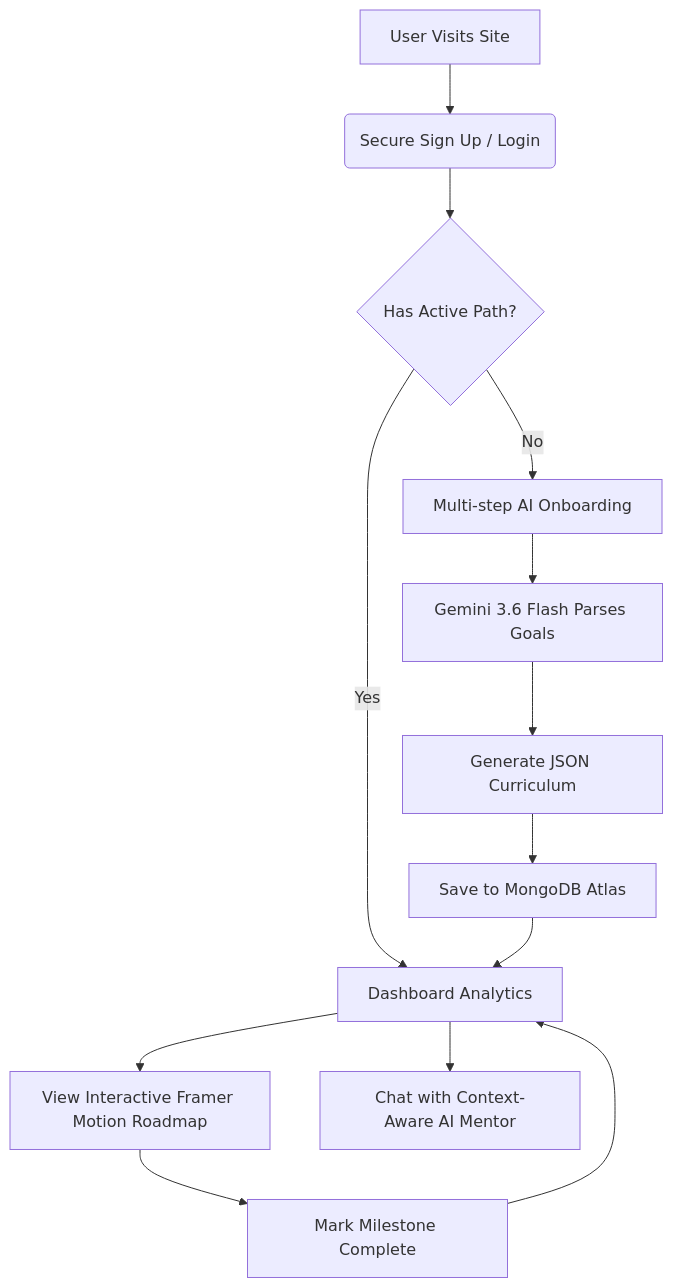
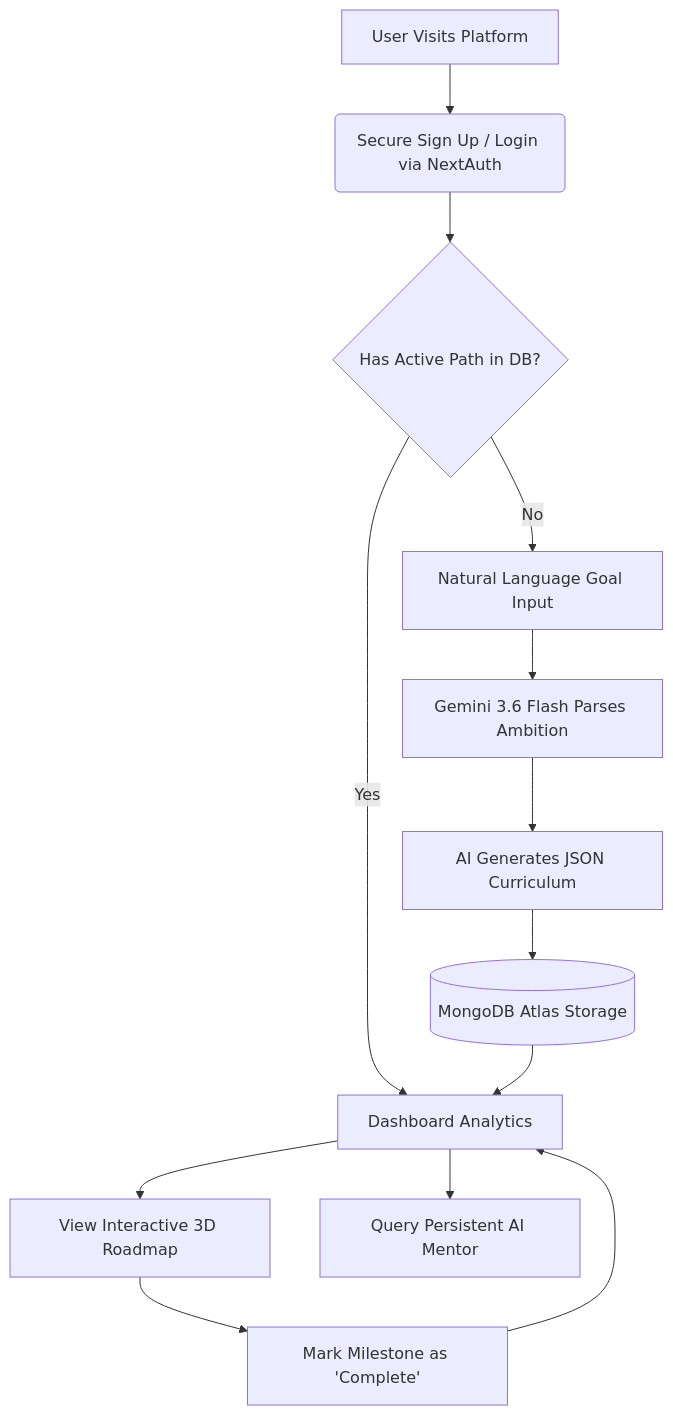
Before and after one commit to krrish-cypto/learnsync-ai: the first of 3 diagrams in README.md, drawn with Mermaid. The commit also changed other lines of this file, not shown here.

Commit message:
Enhance README with HCLTech details and complex flowcharts

````diff
--- a/README.md
+++ b/README.md
@@ -63,15 +49,15 @@
 ```mermaid
 graph TD;
-    A[User Visits Site] --> B(Secure Sign Up / Login)
-    B --> C{Has Active Path?}
-    C -- No --> D[Multi-step AI Onboarding]
-    D --> E[Gemini 3.6 Flash Parses Goals]
-    E --> F[Generate JSON Curriculum]
-    F --> G[Save to MongoDB Atlas]
+    A[User Visits Platform] --> B(Secure Sign Up / Login via NextAuth)
+    B --> C{Has Active Path in DB?}
+    C -- No --> D[Natural Language Goal Input]
+    D --> E[Gemini 3.6 Flash Parses Ambition]
+    E --> F[AI Generates JSON Curriculum]
+    F --> G[(MongoDB Atlas Storage)]
     C -- Yes --> H[Dashboard Analytics]
     G --> H
-    H --> I[View Interactive Framer Motion Roadmap]
-    H --> J[Chat with Context-Aware AI Mentor]
-    I --> K[Mark Milestone Complete]
+    H --> I[View Interactive 3D Roadmap]
+    H --> J[Query Persistent AI Mentor]
+    I --> K[Mark Milestone as 'Complete']
     K --> H
 ```
````
